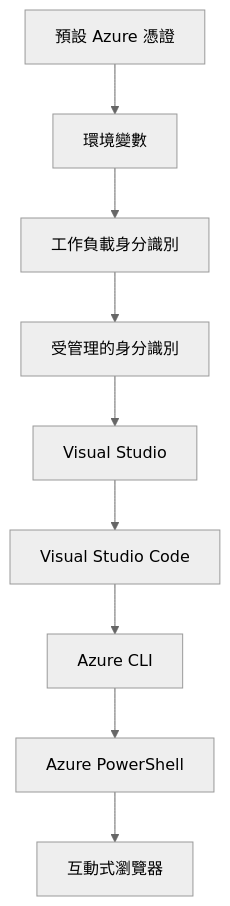
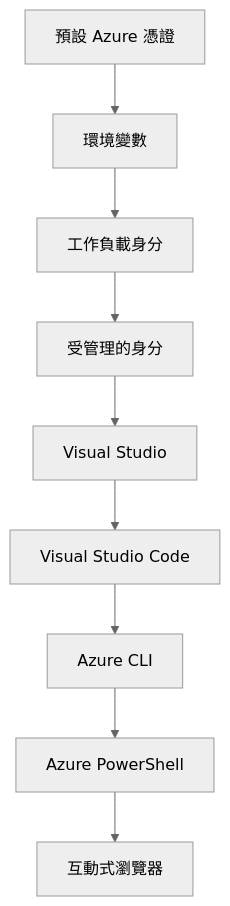
One commit to microsoft/AZD-for-beginners changed the second of 2 diagrams in translations/zh-TW/docs/chapter-01-foundation/azd-basics.md. Above: the diagram before and after it, drawn with Mermaid (neutral theme). The commit also changed other lines of this file and 101 other files, not shown here.

````diff
--- a/translations/zh-TW/docs/chapter-01-foundation/azd-basics.md
+++ b/translations/zh-TW/docs/chapter-01-foundation/azd-basics.md
@@ -558,11 +593,11 @@
 ```mermaid
 graph TD
     A[預設 Azure 憑證] --> B[環境變數]
-    B --> C[工作負載身分識別]
-    C --> D[受管理的身分識別]
+    B --> C[工作負載身分]
+    C --> D[受管理的身分]
     D --> E[Visual Studio]
     E --> F[Visual Studio Code]
     F --> G[Azure CLI]
     G --> H[Azure PowerShell]
     H --> I[互動式瀏覽器]
 ```
````
